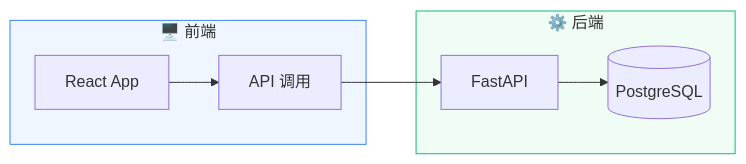
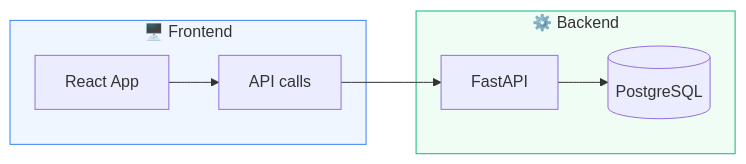
Before and after one commit to abdou-da0wew/zcode-skills: the second of 15 diagrams in skills/charts/references/mermaid.md, drawn with Mermaid. The commit also changed other lines of this file and 504 other files, not shown here.

````diff
--- a/skills/charts/references/mermaid.md
+++ b/skills/charts/references/mermaid.md
@@ -277,13 +277,13 @@
 ```mermaid
 flowchart LR
-    subgraph 前端["🖥️ 前端"]
-        A[React App] --> B[API 调用]
+    subgraph Frontend["🖥️ Frontend"]
+        A[React App] --> B[API calls]
     end
-    subgraph 后端["⚙️ 后端"]
+    subgraph Backend["⚙️ Backend"]
         C[FastAPI] --> D[(PostgreSQL)]
     end
     B --> C
 
-    style 前端 fill:#EFF6FF,stroke:#3B82F6,stroke-width:1px
-    style 后端 fill:#F0FDF4,stroke:#10B981,stroke-width:1px
+    style Frontend fill:#EFF6FF,stroke:#3B82F6,stroke-width:1px
+    style Backend fill:#F0FDF4,stroke:#10B981,stroke-width:1px
 ```
````
